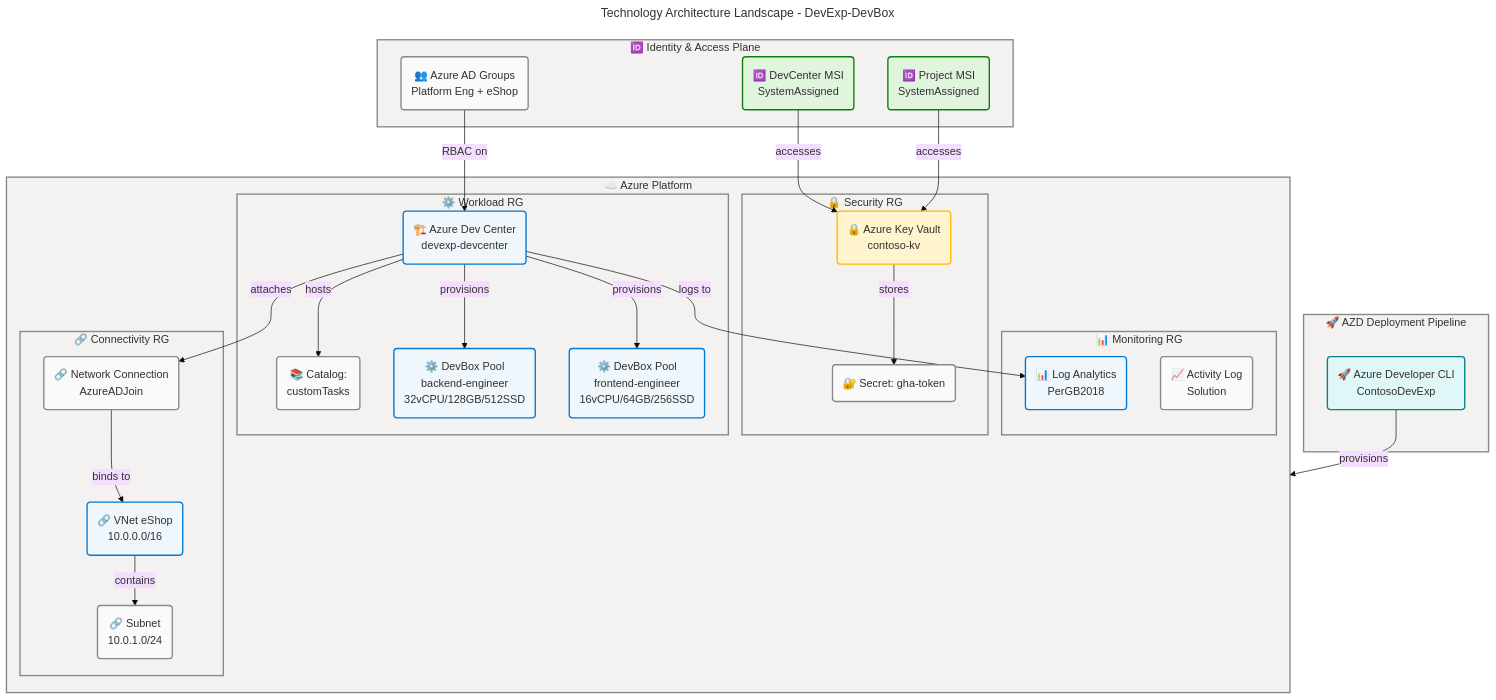
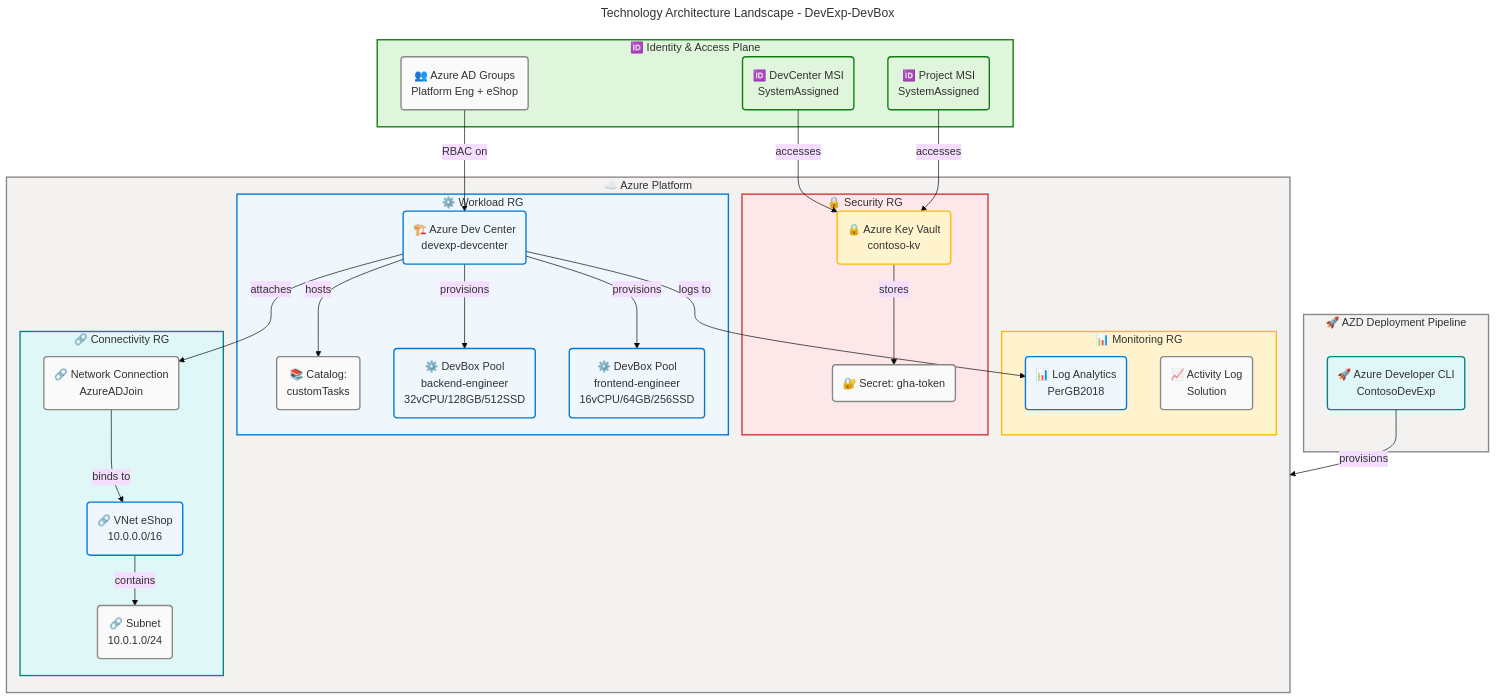
One commit to Evilazaro/DevExp-DevBox changed the first of 6 diagrams in docs/architecture/technology-architecture.md. Above: the diagram before and after it, drawn with Mermaid. The commit also changed other lines of this file, not shown here.

Commit message:
refactor: Update Mermaid diagram styles for improved visual clarity in technology architecture documentation

````diff
--- a/docs/architecture/technology-architecture.md
+++ b/docs/architecture/technology-architecture.md
@@ -165,9 +165,9 @@
 
     style Pipeline fill:#F3F2F1,stroke:#8A8886,stroke-width:2px,color:#323130
     style AzurePlatform fill:#F3F2F1,stroke:#8A8886,stroke-width:2px,color:#323130
-    style MonitorRG fill:#F3F2F1,stroke:#8A8886,stroke-width:2px,color:#323130
-    style SecurityRG fill:#F3F2F1,stroke:#8A8886,stroke-width:2px,color:#323130
-    style WorkloadRG fill:#F3F2F1,stroke:#8A8886,stroke-width:2px,color:#323130
-    style ConnRG fill:#F3F2F1,stroke:#8A8886,stroke-width:2px,color:#323130
-    style IdentityPlane fill:#F3F2F1,stroke:#8A8886,stroke-width:2px,color:#323130
+    style MonitorRG fill:#FFF4CE,stroke:#FFB900,stroke-width:2px,color:#323130
+    style SecurityRG fill:#FDE7E9,stroke:#D13438,stroke-width:2px,color:#323130
+    style WorkloadRG fill:#EFF6FC,stroke:#0078D4,stroke-width:2px,color:#323130
+    style ConnRG fill:#E0F7F7,stroke:#038387,stroke-width:2px,color:#323130
+    style IdentityPlane fill:#DFF6DD,stroke:#107C10,stroke-width:2px,color:#323130
 ```
````
